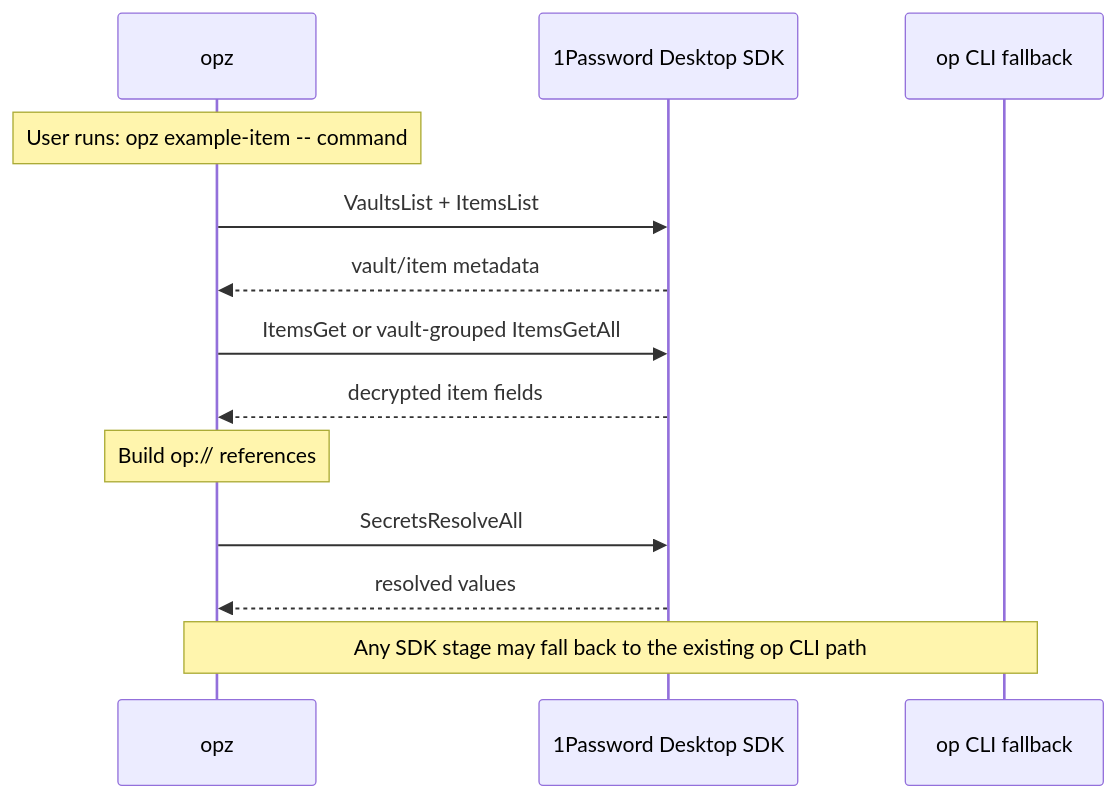
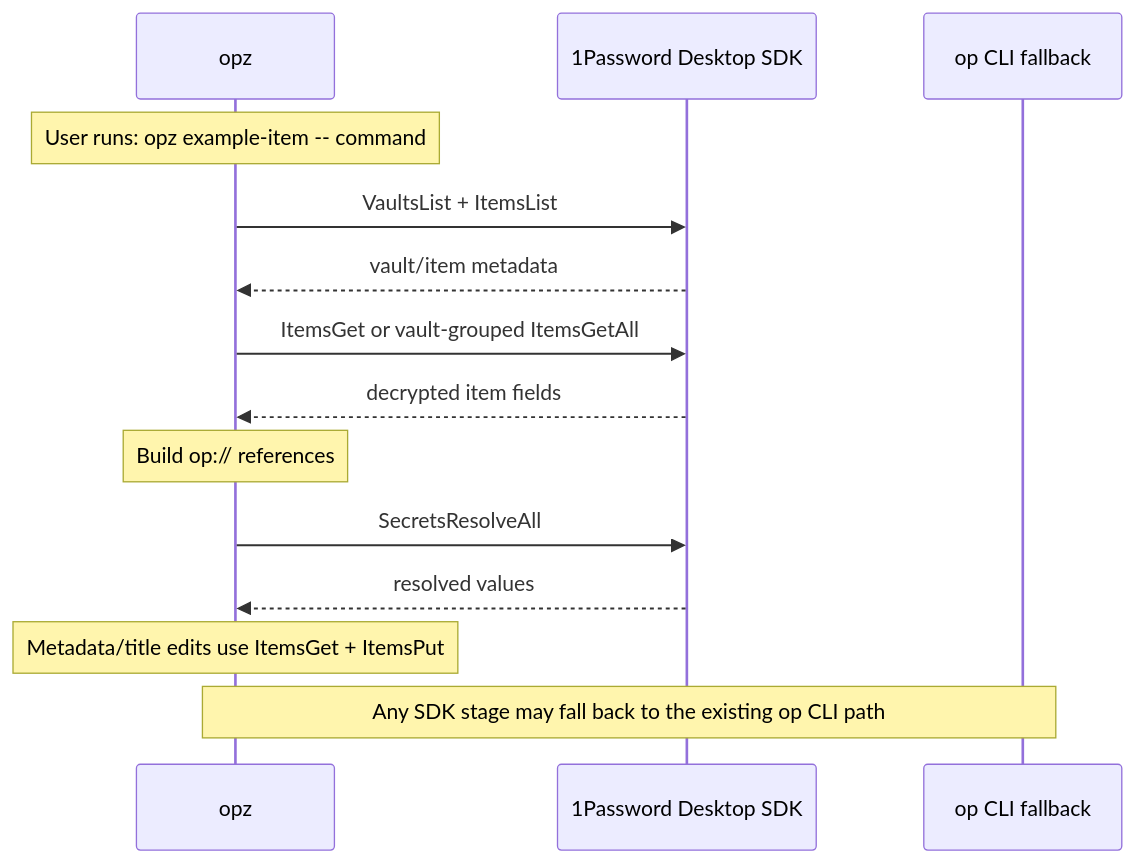
One commit to f4ah6o/opz changed the diagram in README.md. Above: the diagram before and after it, drawn with Mermaid. The commit also changed other lines of this file and 7 other files, not shown here.

````diff
--- a/README.md
+++ b/README.md
@@ -440,16 +441,17 @@
 ```mermaid
 sequenceDiagram
     participant opz
     participant sdk as 1Password Desktop SDK
     participant op as op CLI fallback
 
     Note over opz: User runs: opz example-item -- command
     opz->>sdk: VaultsList + ItemsList
     sdk-->>opz: vault/item metadata
     opz->>sdk: ItemsGet or vault-grouped ItemsGetAll
     sdk-->>opz: decrypted item fields
     Note over opz: Build op:// references
     opz->>sdk: SecretsResolveAll
     sdk-->>opz: resolved values
+    Note over opz: Metadata/title edits use ItemsGet + ItemsPut
     Note over opz,op: Any SDK stage may fall back to the existing op CLI path
 ```
````
